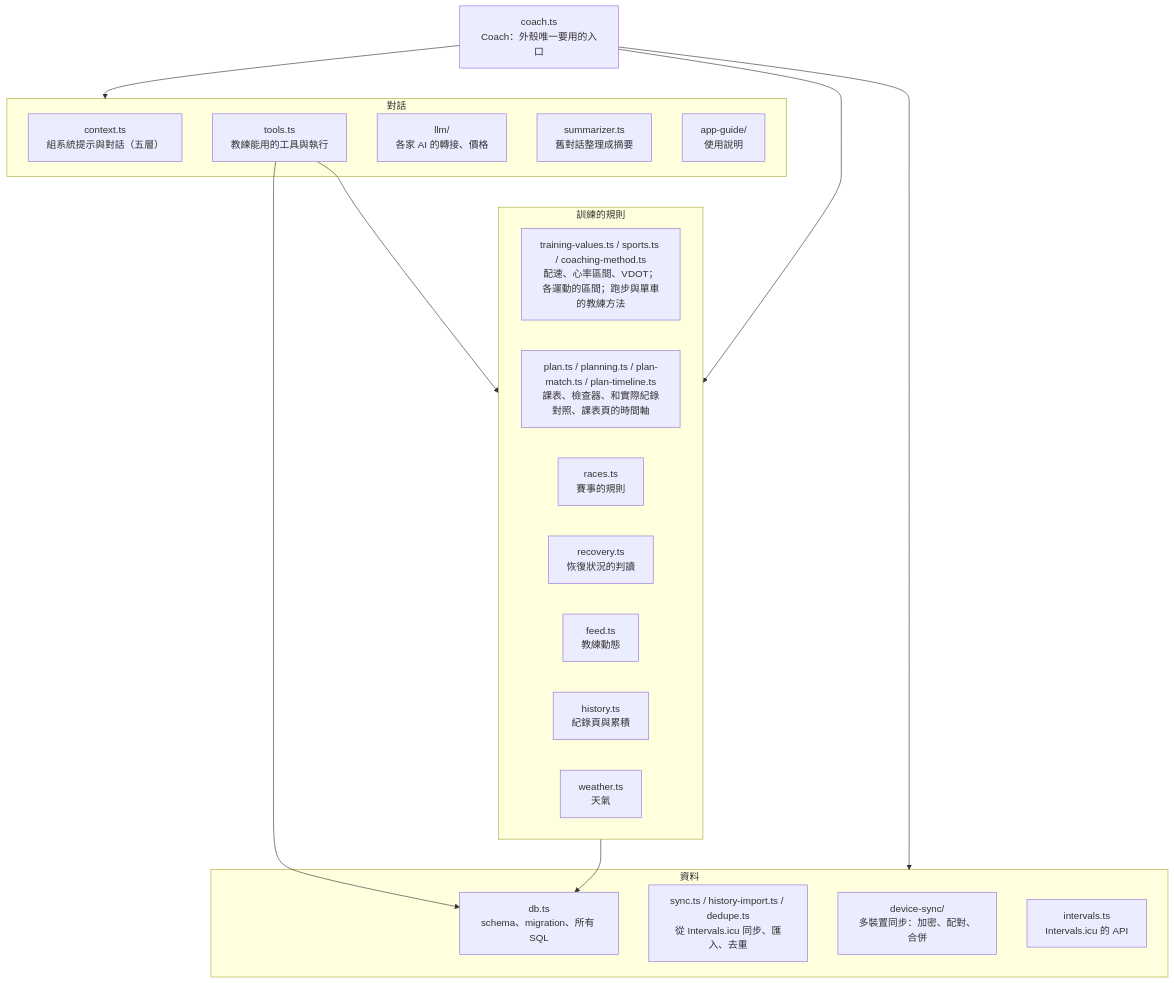
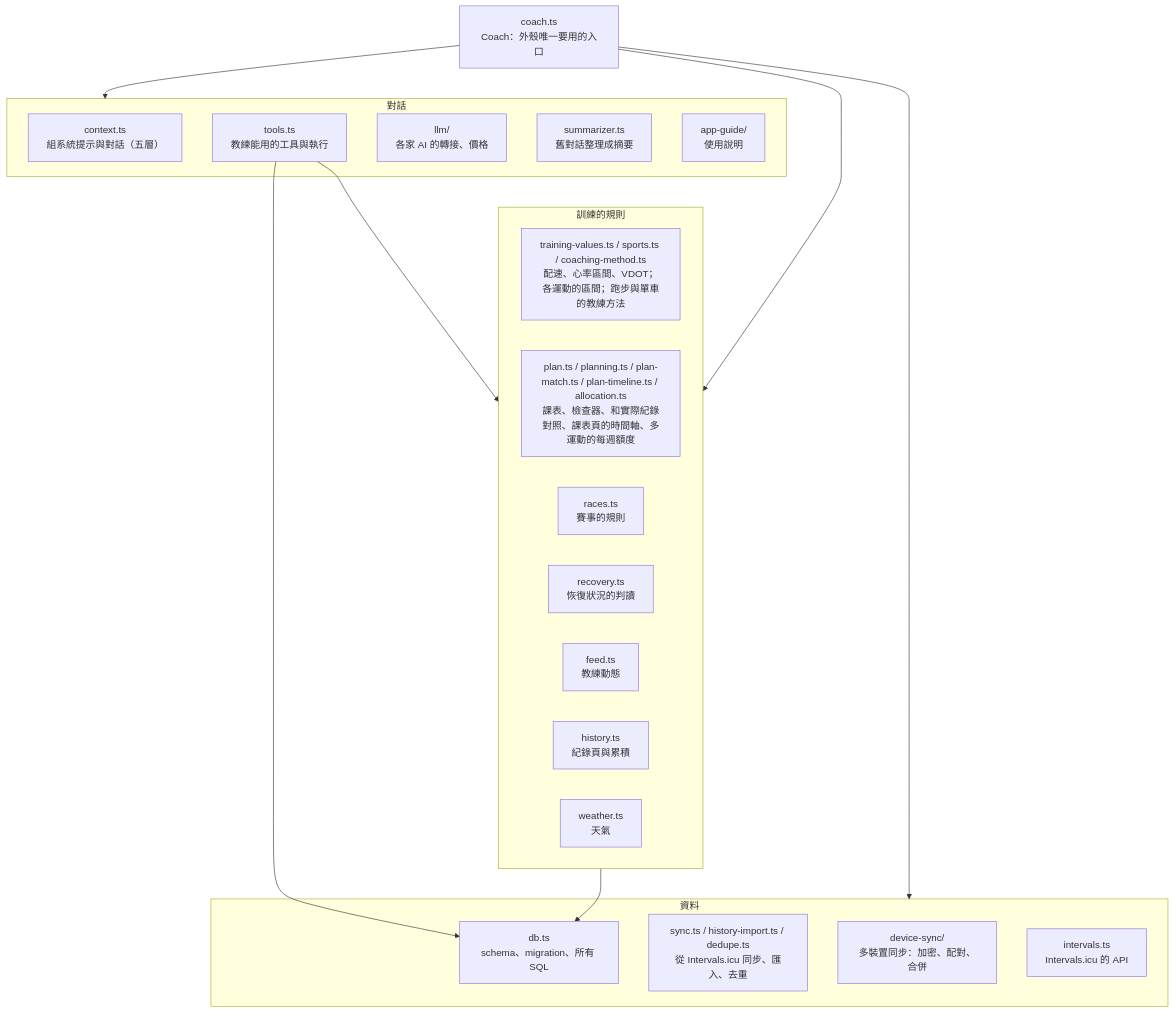
One commit to williampcs/RunningCoach changed the second of 4 diagrams in doc/architecture.md. Above: the diagram before and after it, drawn with Mermaid. The commit also changed other lines of this file and 17 other files, not shown here.

````diff
--- a/doc/architecture.md
+++ b/doc/architecture.md
@@ -83,32 +83,32 @@
 ```mermaid
 flowchart TB
   coach["coach.ts<br/>Coach：外殼唯一要用的入口"]
   subgraph talk["對話"]
     context["context.ts<br/>組系統提示與對話（五層）"]
     tools["tools.ts<br/>教練能用的工具與執行"]
     llm["llm/<br/>各家 AI 的轉接、價格"]
     summarizer["summarizer.ts<br/>舊對話整理成摘要"]
     guide["app-guide/<br/>使用說明"]
   end
   subgraph domain["訓練的規則"]
     tv["training-values.ts / sports.ts / coaching-method.ts<br/>配速、心率區間、VDOT；各運動的區間；跑步與單車的教練方法"]
-    plan["plan.ts / planning.ts / plan-match.ts / plan-timeline.ts<br/>課表、檢查器、和實際紀錄對照、課表頁的時間軸"]
+    plan["plan.ts / planning.ts / plan-match.ts / plan-timeline.ts / allocation.ts<br/>課表、檢查器、和實際紀錄對照、課表頁的時間軸、多運動的每週額度"]
     races["races.ts<br/>賽事的規則"]
     recovery["recovery.ts<br/>恢復狀況的判讀"]
     feed["feed.ts<br/>教練動態"]
     history["history.ts<br/>紀錄頁與累積"]
     weather["weather.ts<br/>天氣"]
   end
   subgraph data["資料"]
     db["db.ts<br/>schema、migration、所有 SQL"]
     sync["sync.ts / history-import.ts / dedupe.ts<br/>從 Intervals.icu 同步、匯入、去重"]
     ds["device-sync/<br/>多裝置同步：加密、配對、合併"]
     icu["intervals.ts<br/>Intervals.icu 的 API"]
   end
   coach --> talk
   coach --> domain
   coach --> data
   tools --> domain
   tools --> db
   domain --> db
 ```
````
